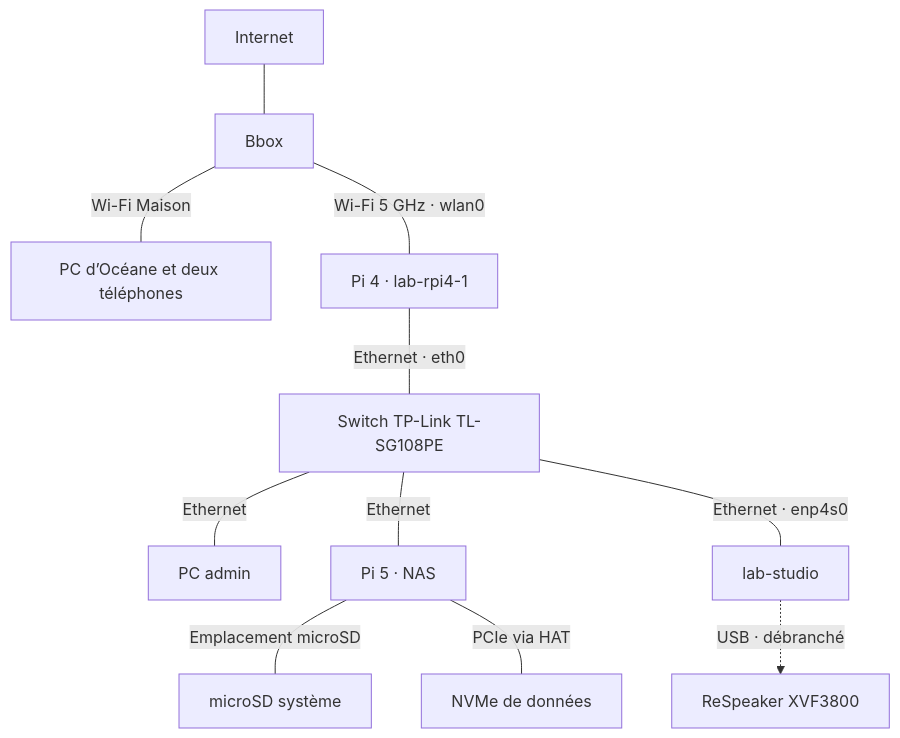
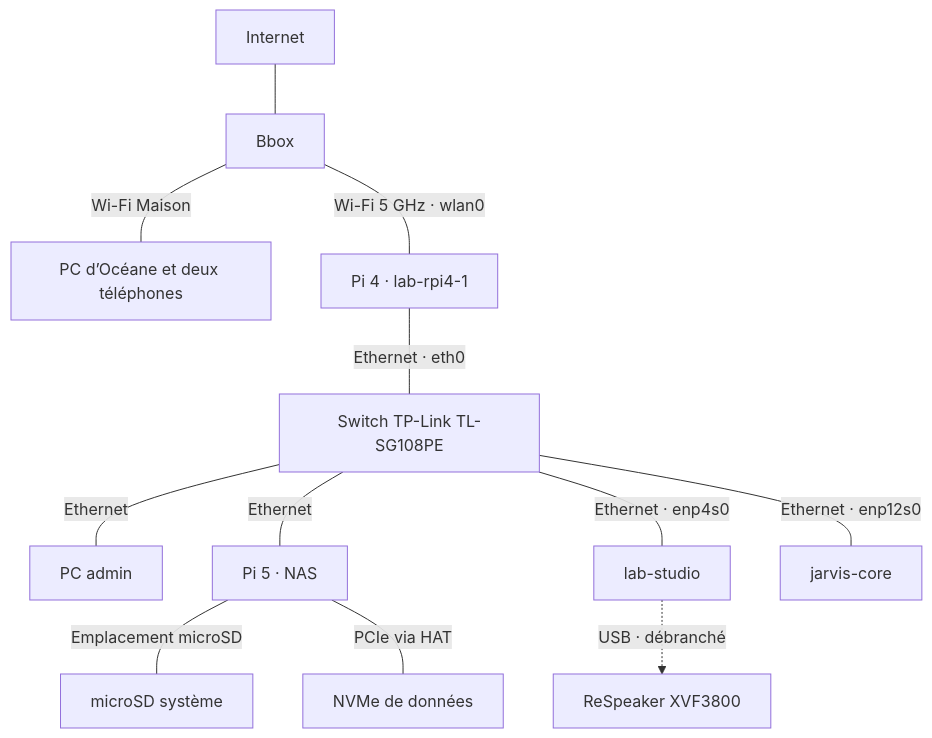
One commit to LaoTseu0/homelab changed the diagram in doc/architecture/topologie-physique.md. Above: the diagram before and after it, drawn with Mermaid. The commit also changed other lines of this file and 7 other files, not shown here.

First line of the commit message:
Documenter jarvis-core et la sécurité des accès

````diff
--- a/doc/architecture/topologie-physique.md
+++ b/doc/architecture/topologie-physique.md
@@ -3,13 +3,14 @@
 ```mermaid
 flowchart TD
     internet["Internet"] --- bbox["Bbox"]
     bbox ---|"Wi-Fi Maison"| maison["PC d’Océane et deux téléphones"]
     bbox ---|"Wi-Fi 5 GHz · wlan0"| pi4["Pi 4 · lab-rpi4-1"]
     pi4 ---|"Ethernet · eth0"| switch["Switch TP-Link TL-SG108PE"]
     switch ---|"Ethernet"| admin["PC admin"]
     switch ---|"Ethernet"| nas["Pi 5 · NAS"]
     switch ---|"Ethernet · enp4s0"| studio["lab-studio"]
+    switch ---|"Ethernet · enp12s0"| jcore["jarvis-core"]
     nas ---|"Emplacement microSD"| boot["microSD système"]
     nas ---|"PCIe via HAT"| nvme["NVMe de données"]
     studio -.->|"USB · débranché"| audio["ReSpeaker XVF3800"]
 ```
````
